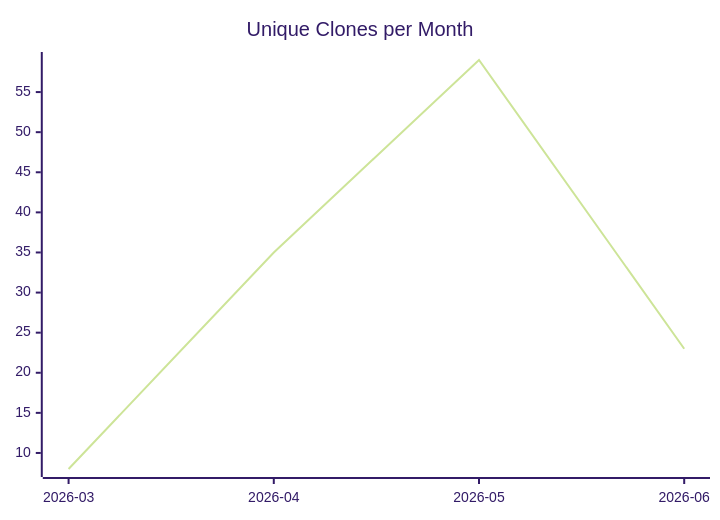
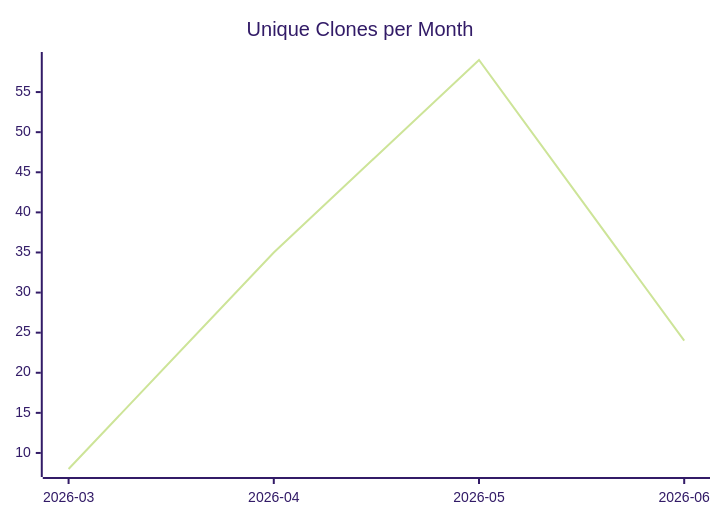
Before and after one commit to justdavis-family/github-analytics-data: the third of 3 diagrams in karlmdavis/fhir-benchmarks/README.md, drawn with Mermaid (forest theme). The commit also changed other lines of this file and 198 other files, not shown here.

````diff
--- a/karlmdavis/fhir-benchmarks/README.md
+++ b/karlmdavis/fhir-benchmarks/README.md
@@ -19,6 +19,6 @@
 ```mermaid
 xychart-beta
   title "Unique Clones per Month"
   x-axis ["2026-03", "2026-04", "2026-05", "2026-06"]
-  line [8, 35, 59, 23]
+  line [8, 35, 59, 24]
 ```
````
